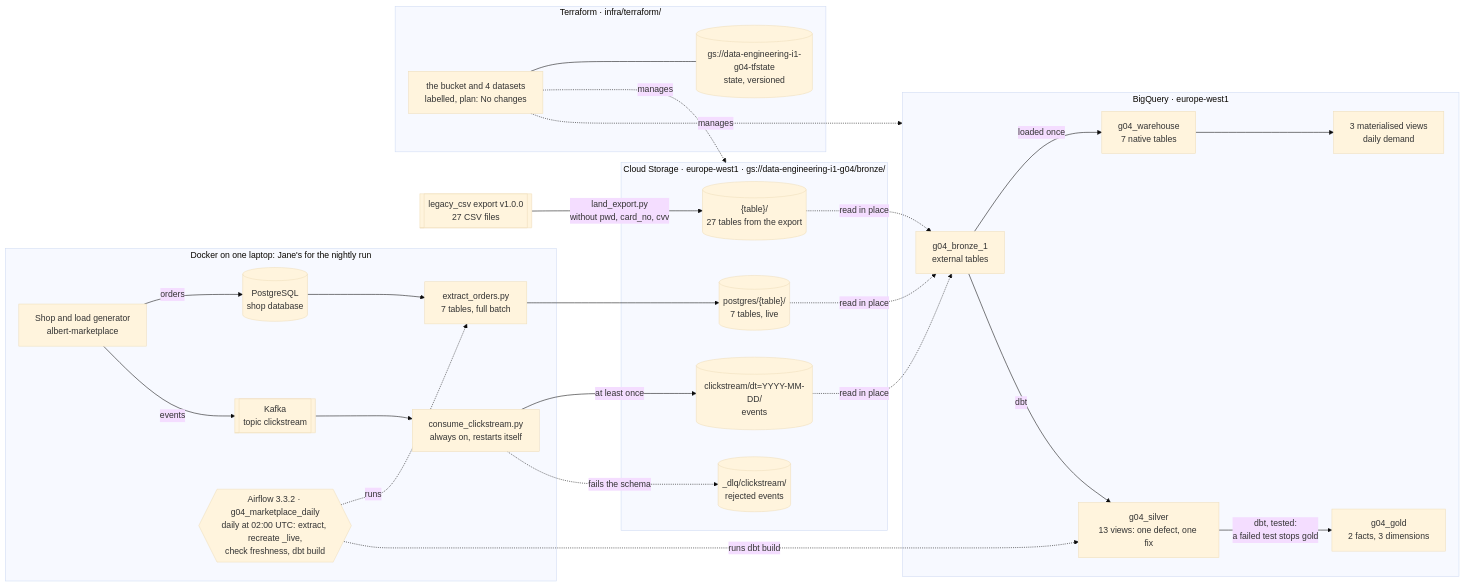
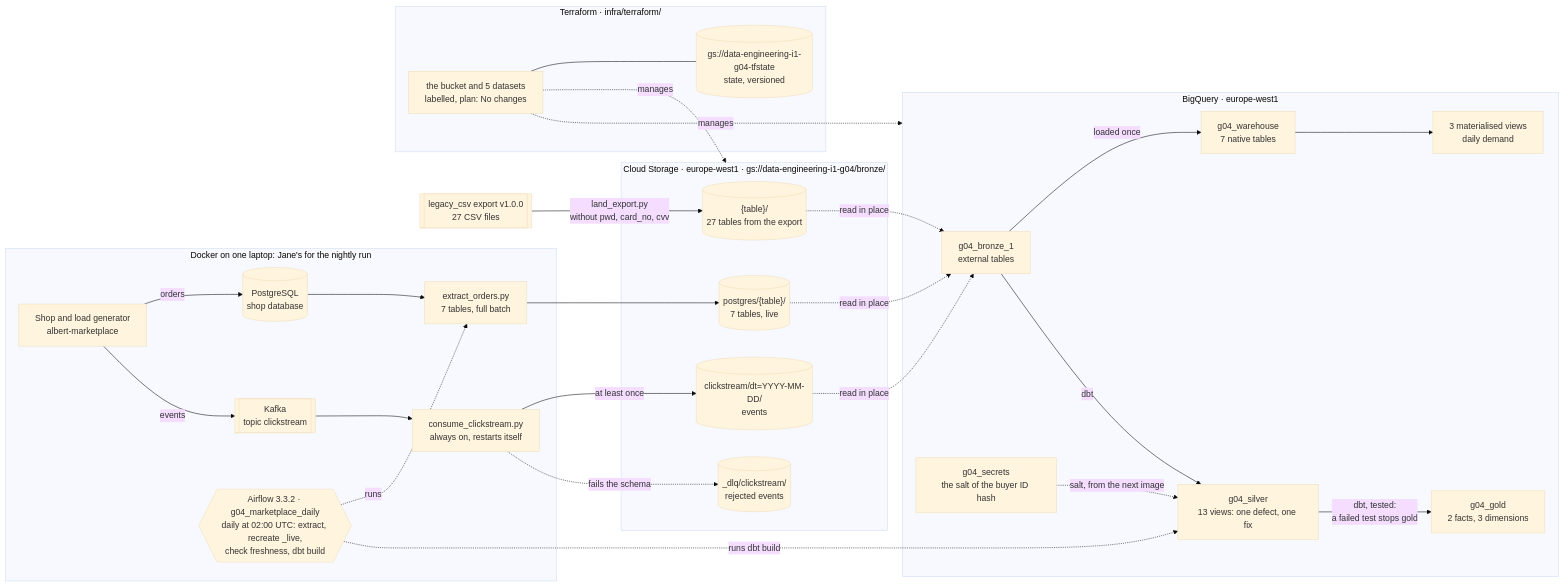
One commit to tluder-dot/DataEnGroup4 changed the second of 2 diagrams in docs/architecture.md. Above: the diagram before and after it, drawn with Mermaid (base theme). The commit also changed other lines of this file, not shown here.

First line of the commit message:
Add g04_secrets and the merged buyer ID hash to the architecture page

````diff
--- a/docs/architecture.md
+++ b/docs/architecture.md
@@ -62,55 +62,57 @@
 ```mermaid
 flowchart LR
   export[["legacy_csv export v1.0.0<br/>27 CSV files"]]
 
   subgraph laptop["Docker on one laptop: Jane's for the nightly run"]
     shop["Shop and load generator<br/>albert-marketplace"]
     pg[("PostgreSQL<br/>shop database")]
     kafka[["Kafka<br/>topic clickstream"]]
     extractor["extract_orders.py<br/>7 tables, full batch"]
     consumer["consume_clickstream.py<br/>always on, restarts itself"]
     dag{{"Airflow 3.3.2 · g04_marketplace_daily<br/>daily at 02:00 UTC: extract, recreate _live,<br/>check freshness, dbt build"}}
   end
 
   subgraph gcs["Cloud Storage · europe-west1 · gs://data-engineering-i1-g04/bronze/"]
     landed[("{table}/<br/>27 tables from the export")]
     live[("postgres/{table}/<br/>7 tables, live")]
     stream[("clickstream/dt=YYYY-MM-DD/<br/>events")]
     dlq[("_dlq/clickstream/<br/>rejected events")]
   end
 
   subgraph bq["BigQuery · europe-west1"]
     ext["g04_bronze_1<br/>external tables"]
     wh["g04_warehouse<br/>7 native tables"]
     mv["3 materialised views<br/>daily demand"]
     silver["g04_silver<br/>13 views: one defect, one fix"]
     gold["g04_gold<br/>2 facts, 3 dimensions"]
+    secrets["g04_secrets<br/>the salt of the buyer ID hash"]
   end
 
   export -- "land_export.py<br/>without pwd, card_no, cvv" --> landed
   shop -- "orders" --> pg
   shop -- "events" --> kafka
   pg --> extractor
   extractor --> live
   kafka --> consumer
   consumer -- "at least once" --> stream
   consumer -.->|fails the schema| dlq
   dag -.->|runs| extractor
   landed -.->|read in place| ext
   live -.->|read in place| ext
   stream -.->|read in place| ext
   ext -- "loaded once" --> wh
   wh --> mv
   ext -- "dbt" --> silver
   silver -- "dbt, tested:<br/>a failed test stops gold" --> gold
   dag -.->|"runs dbt build"| silver
+  secrets -.->|"salt, from the next image"| silver
 
   subgraph iac["Terraform · infra/terraform/"]
-    tf["the bucket and 4 datasets<br/>labelled, plan: No changes"]
+    tf["the bucket and 5 datasets<br/>labelled, plan: No changes"]
     state[("gs://data-engineering-i1-g04-tfstate<br/>state, versioned")]
   end
 
   tf -.->|manages| gcs
   tf -.->|manages| bq
   tf --- state
 ```
````
